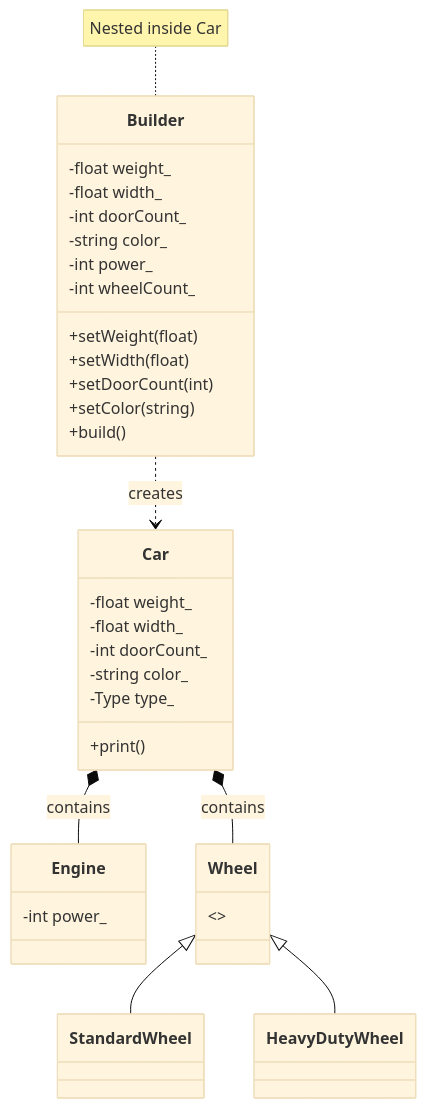
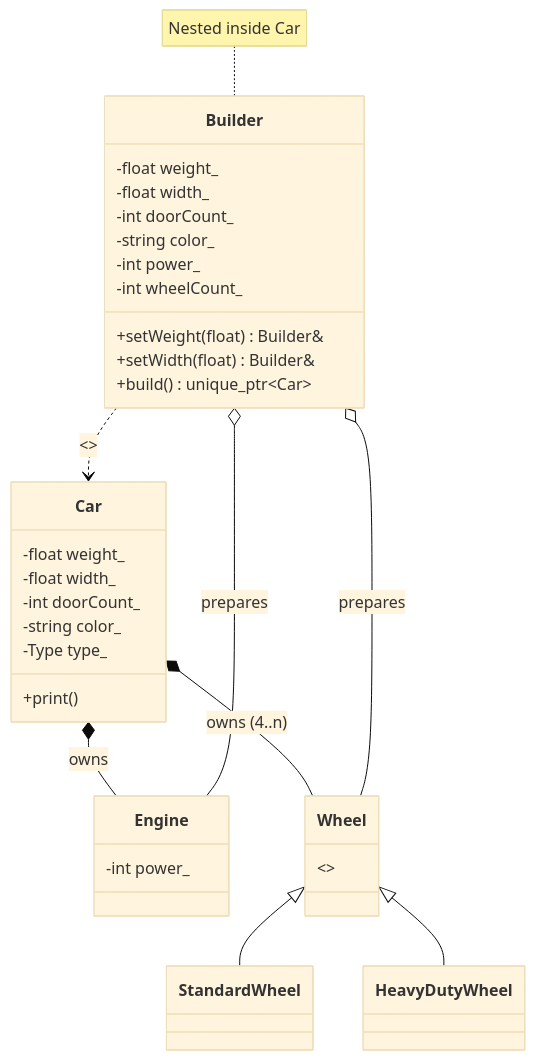
One commit to Cichlidfishexigency721/Modern-CPP-Design-Patterns changed the diagram in 01_Builder/Dynamic_example/diagram.md. Above: the diagram before and after it, drawn with Mermaid (base theme).

````diff
--- a/01_Builder/Dynamic_example/diagram.md
+++ b/01_Builder/Dynamic_example/diagram.md
@@ -1,38 +1,42 @@
 ```mermaid
 classDiagram
 class Engine {
 -int power_
 }
 class Wheel {
 <>
 }
 class StandardWheel
 class HeavyDutyWheel
 class Car {
 -float weight_
 -float width_
 -int doorCount_
 -string color_
 -Type type_
 +print()
 }
 class Builder {
 -float weight_
 -float width_
 -int doorCount_
 -string color_
 -int power_
 -int wheelCount_
-+setWeight(float)
-+setWidth(float)
-+setDoorCount(int)
-+setColor(string)
-+build()
++setWeight(float) Builder&
++setWidth(float) Builder&
++build() unique_ptr~Car~
 }
+%% Inheritance (Solid line, empty arrow)
 Wheel <|-- StandardWheel
 Wheel <|-- HeavyDutyWheel
-Car *-- Engine : contains
-Car *-- Wheel : contains
-Builder ..> Car : creates
+%% Composition (Solid line, filled diamond) - Represents unique_ptr ownership
+Car *-- Engine : owns
+Car *-- Wheel : owns (4..n)
+%% Aggregation (Solid line, empty diamond) - Builder prepares components
+Builder o-- Engine : prepares
+Builder o-- Wheel : prepares
+%% Dependency (Dashed line, open arrow) - Builder creates the final object
+Builder ..> Car : <>
 note for Builder "Nested inside Car"
 ```
````
